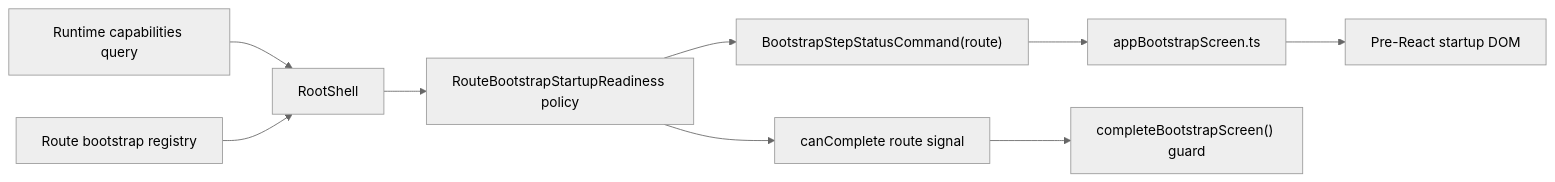
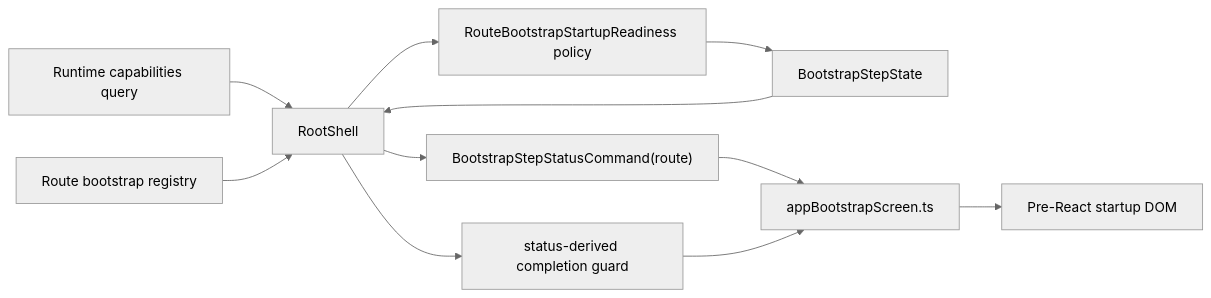
The diagram in docs/planning/proposals/mandatory/frontend-and-ux/tf-e2-m-d-startup-route-readiness-implementation-plan-20260502.md (dunay2/dvt), drawn with Mermaid (neutral theme) before and after one commit. The commit also changed other lines of this file and 1 other file, not shown here.

Commit message:
docs(docs): Align startup readiness architecture facts

````diff
--- a/docs/planning/proposals/mandatory/frontend-and-ux/tf-e2-m-d-startup-route-readiness-implementation-plan-20260502.md
+++ b/docs/planning/proposals/mandatory/frontend-and-ux/tf-e2-m-d-startup-route-readiness-implementation-plan-20260502.md
@@ -74,11 +74,13 @@
 ```mermaid
 flowchart LR
   Capabilities["Runtime capabilities query"] --> Root["RootShell"]
   RouteRegistry["Route bootstrap registry"] --> Root
   Root --> Policy["RouteBootstrapStartupReadiness policy"]
-  Policy --> Command["BootstrapStepStatusCommand(route)"]
-  Policy --> Completion["canComplete route signal"]
+  Policy --> Readiness["BootstrapStepState"]
+  Readiness --> Root
+  Root --> Command["BootstrapStepStatusCommand(route)"]
+  Root --> CompleteGuard["status-derived completion guard"]
   Command --> Screen["appBootstrapScreen.ts"]
-  Completion --> CompleteGuard["completeBootstrapScreen() guard"]
+  CompleteGuard --> Screen
   Screen --> DOM["Pre-React startup DOM"]
 ```
````
